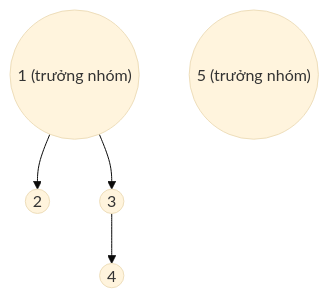
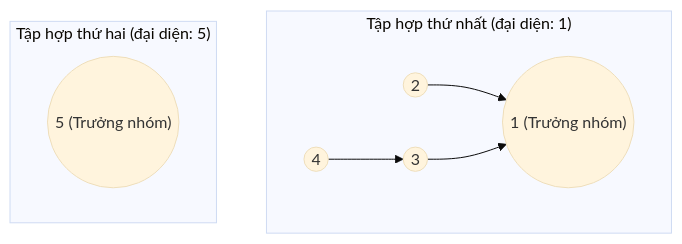
The first of 4 diagrams in docs/lessons/dsu.md (FPTOJ-OJ/fptoj_wiki), drawn with Mermaid (base theme) before and after one commit. The commit also changed other lines of this file and 18 other files, not shown here.

First line of the commit message:
fix: LaTeX errors, mermaid theme switching, remove custom colors

````diff
--- a/docs/lessons/dsu.md
+++ b/docs/lessons/dsu.md
@@ -48,11 +57,17 @@
 ```mermaid
 graph TD
-    1(("1 (trưởng nhóm)"))
-    2(("2"))
-    3(("3"))
-    4(("4"))
-    5(("5 (trưởng nhóm)"))
-    1 --> 2
-    1 --> 3
-    3 --> 4
+    subgraph TapHop1 ["Tập hợp thứ nhất (đại diện: 1)"]
+        n1(("1 (Trưởng nhóm)"))
+        n2(("2"))
+        n3(("3"))
+        n4(("4"))
+        
+        n2 --> n1
+        n3 --> n1
+        n4 --> n3
+    end
+    
+    subgraph TapHop2 ["Tập hợp thứ hai (đại diện: 5)"]
+        n5(("5 (Trưởng nhóm)"))
+    end
 ```
````
